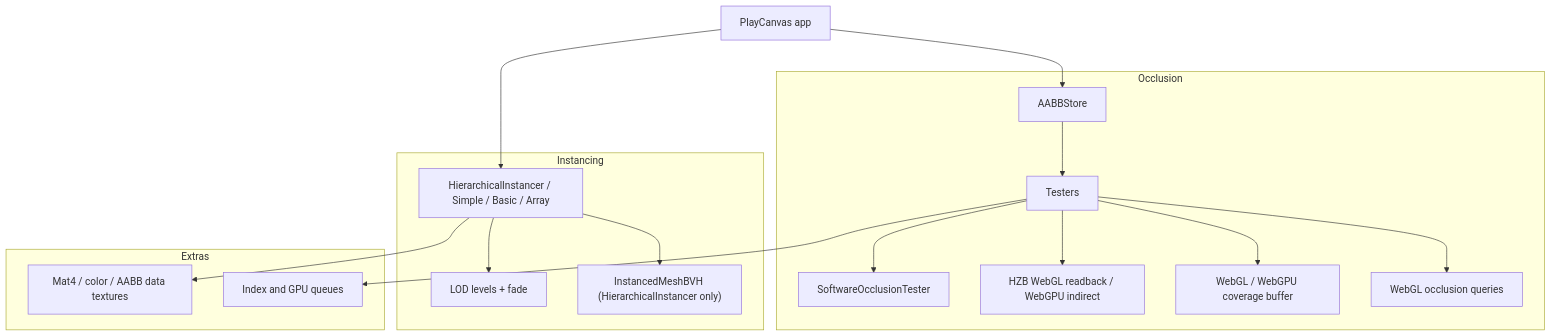
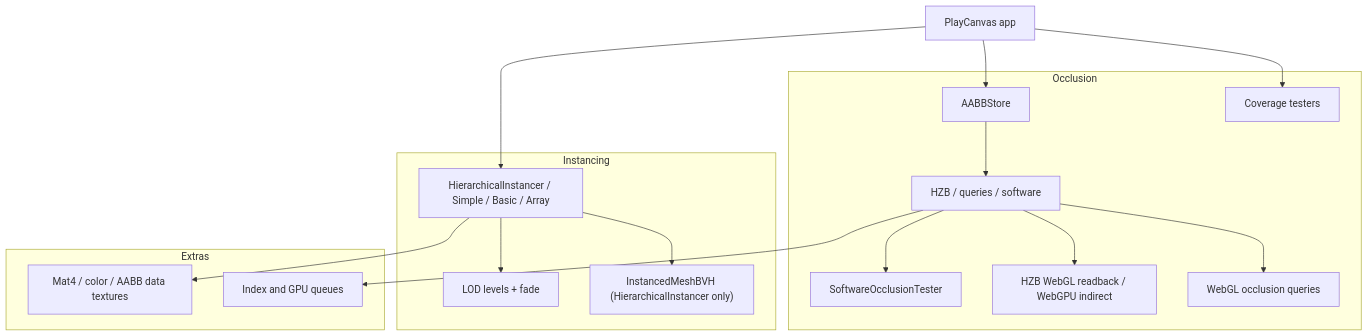
The first of 2 diagrams in docs/architecture.md (AlexAPPi/playcanvas-opti-pixel), drawn with Mermaid before and after one commit. The commit also changed other lines of this file and 30 other files, not shown here.

Commit message:
Update CoverageBuffer strategy

````diff
--- a/docs/architecture.md
+++ b/docs/architecture.md
@@ -5,32 +5,33 @@
 ```mermaid
 flowchart TB
     app["PlayCanvas app"]
 
     subgraph instancing [Instancing]
         instancer["HierarchicalInstancer / Simple / Basic / Array"]
         lod["LOD levels + fade"]
         bvhInst["InstancedMeshBVH (HierarchicalInstancer only)"]
         instancer --> lod
         instancer --> bvhInst
     end
 
     subgraph occlusion [Occlusion]
         store["AABBStore"]
-        testers["Testers"]
+        testers["HZB / queries / software"]
+        coverage["Coverage testers"]
         store --> testers
         testers --> sw["SoftwareOcclusionTester"]
         testers --> hzb["HZB WebGL readback / WebGPU indirect"]
-        testers --> coverage["WebGL / WebGPU coverage buffer"]
         testers --> queries["WebGL occlusion queries"]
     end
 
     subgraph extras [Extras]
         tex["Mat4 / color / AABB data textures"]
         queues["Index and GPU queues"]
     end
 
     app --> instancer
     app --> store
+    app --> coverage
     instancer --> tex
     testers --> queues
 ```
````
